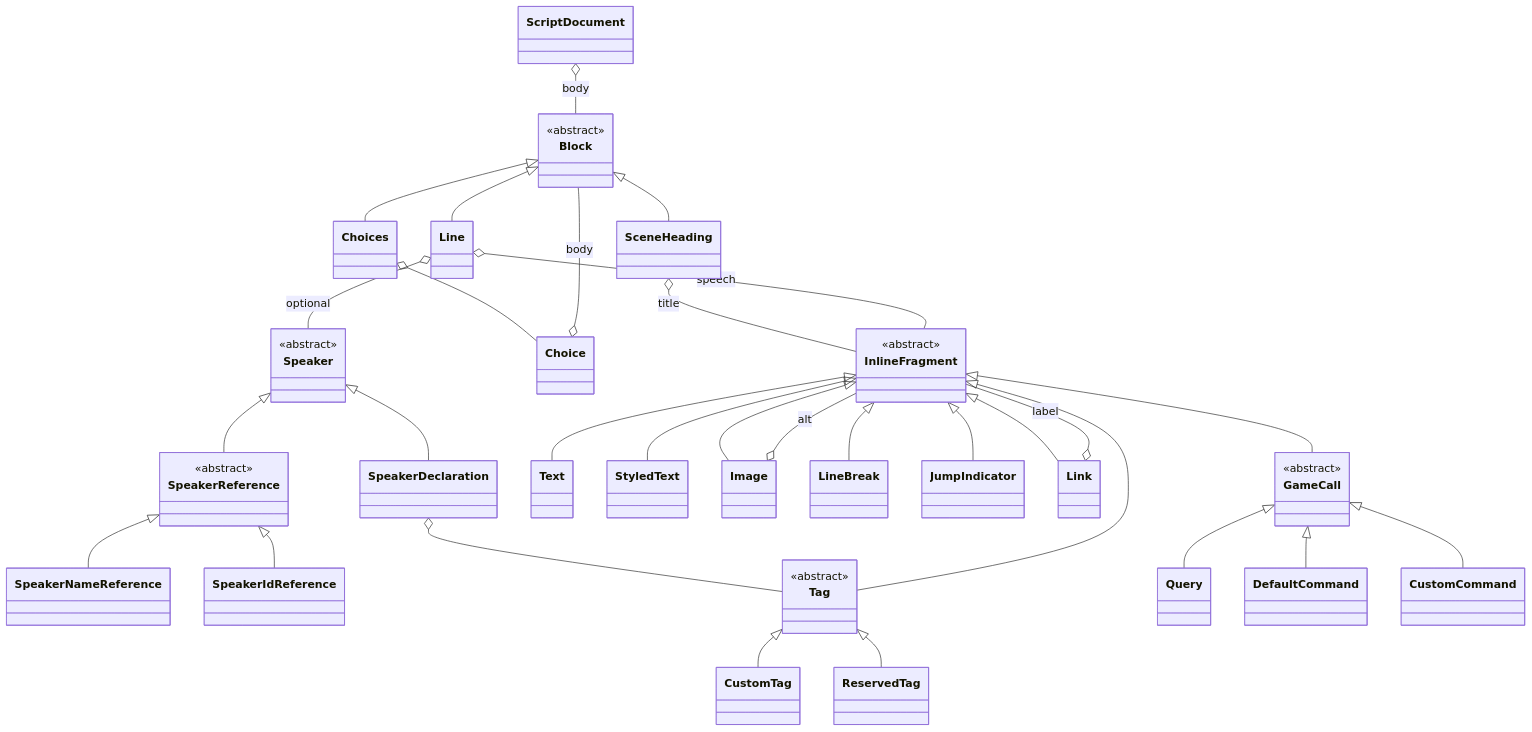
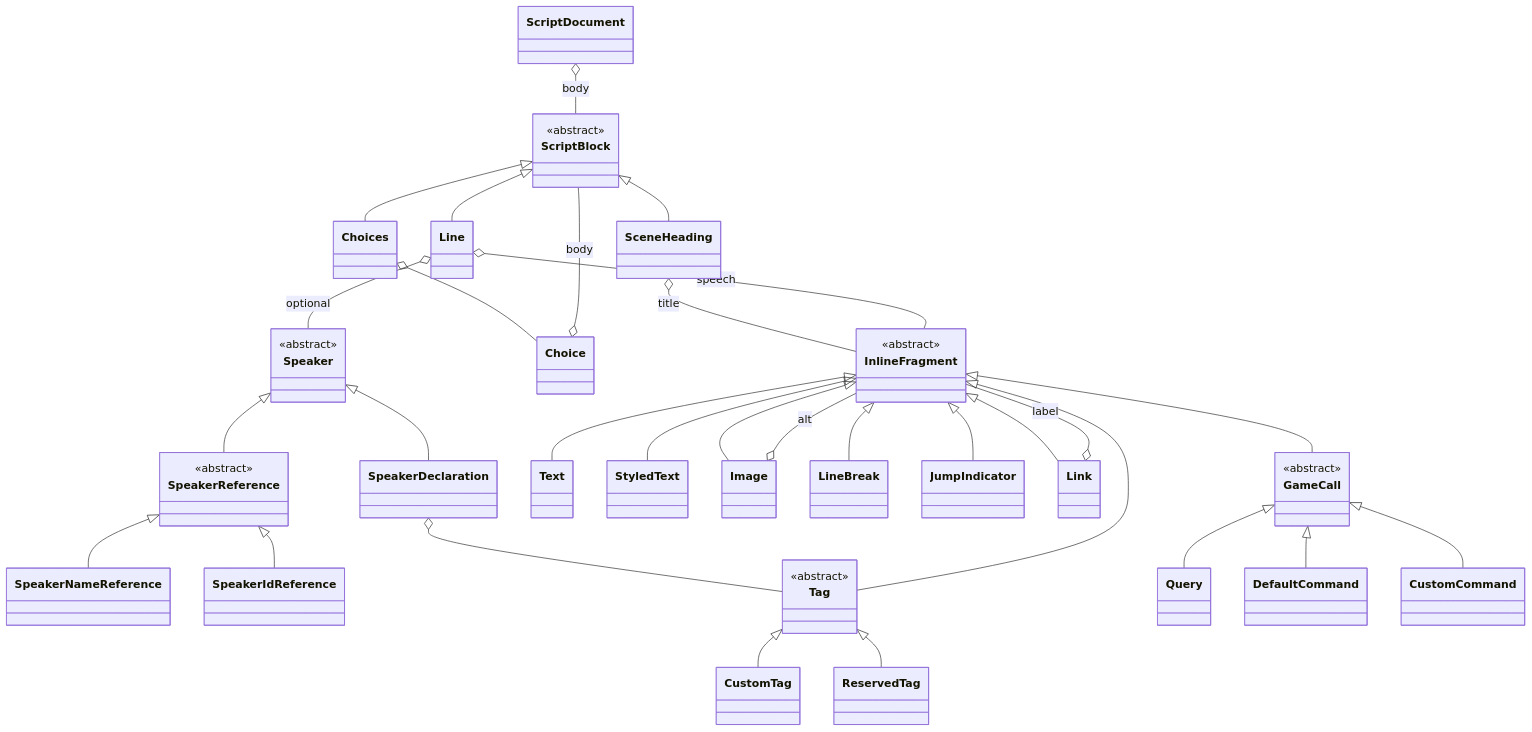
Before and after one commit to pengzhengyi/godot-dialoguedown: the second of 2 diagrams in docs/Implementation Notes/Markdown to Dialogue AST Transpiler.md, drawn with Mermaid. The commit also changed other lines of this file and 14 other files, not shown here.

First line of the commit message:
refactor(ast): rename Block to ScriptBlock

````diff
--- a/docs/Implementation Notes/Markdown to Dialogue AST Transpiler.md
+++ b/docs/Implementation Notes/Markdown to Dialogue AST Transpiler.md
@@ -212,71 +212,71 @@
 ```mermaid
 classDiagram
     class ScriptDocument
-    class Block {
+    class ScriptBlock {
         <<abstract>>
     }
     class SceneHeading
     class Line
     class Speaker {
         <<abstract>>
     }
     class SpeakerDeclaration
     class SpeakerReference {
         <<abstract>>
     }
     class SpeakerNameReference
     class SpeakerIdReference
     class Choices
     class Choice
     class Tag {
         <<abstract>>
     }
     class CustomTag
     class ReservedTag
 
     class InlineFragment {
         <<abstract>>
     }
     class Text
     class StyledText
     class Image
     class LineBreak
     class JumpIndicator
     class Link
     class GameCall {
         <<abstract>>
     }
     class Query
     class DefaultCommand
     class CustomCommand
 
-    ScriptDocument o-- Block : body
-    Block <|-- Line
-    Block <|-- Choices
-    Block <|-- SceneHeading
+    ScriptDocument o-- ScriptBlock : body
+    ScriptBlock <|-- Line
+    ScriptBlock <|-- Choices
+    ScriptBlock <|-- SceneHeading
     SceneHeading o-- InlineFragment : title
     Line o-- Speaker : optional
     Line o-- InlineFragment : speech
     Image o-- InlineFragment : alt
     Link o-- InlineFragment : label
     Choices o-- Choice
-    Choice o-- Block : body
+    Choice o-- ScriptBlock : body
     SpeakerDeclaration o-- Tag
     Speaker <|-- SpeakerDeclaration
     Speaker <|-- SpeakerReference
     SpeakerReference <|-- SpeakerNameReference
     SpeakerReference <|-- SpeakerIdReference
     InlineFragment <|-- Text
     InlineFragment <|-- StyledText
     InlineFragment <|-- Image
     InlineFragment <|-- LineBreak
     InlineFragment <|-- JumpIndicator
     InlineFragment <|-- Link
     InlineFragment <|-- Tag
     InlineFragment <|-- GameCall
     GameCall <|-- Query
     GameCall <|-- DefaultCommand
     GameCall <|-- CustomCommand
     Tag <|-- CustomTag
     Tag <|-- ReservedTag
 ```
````
